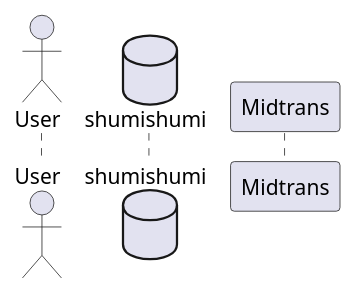
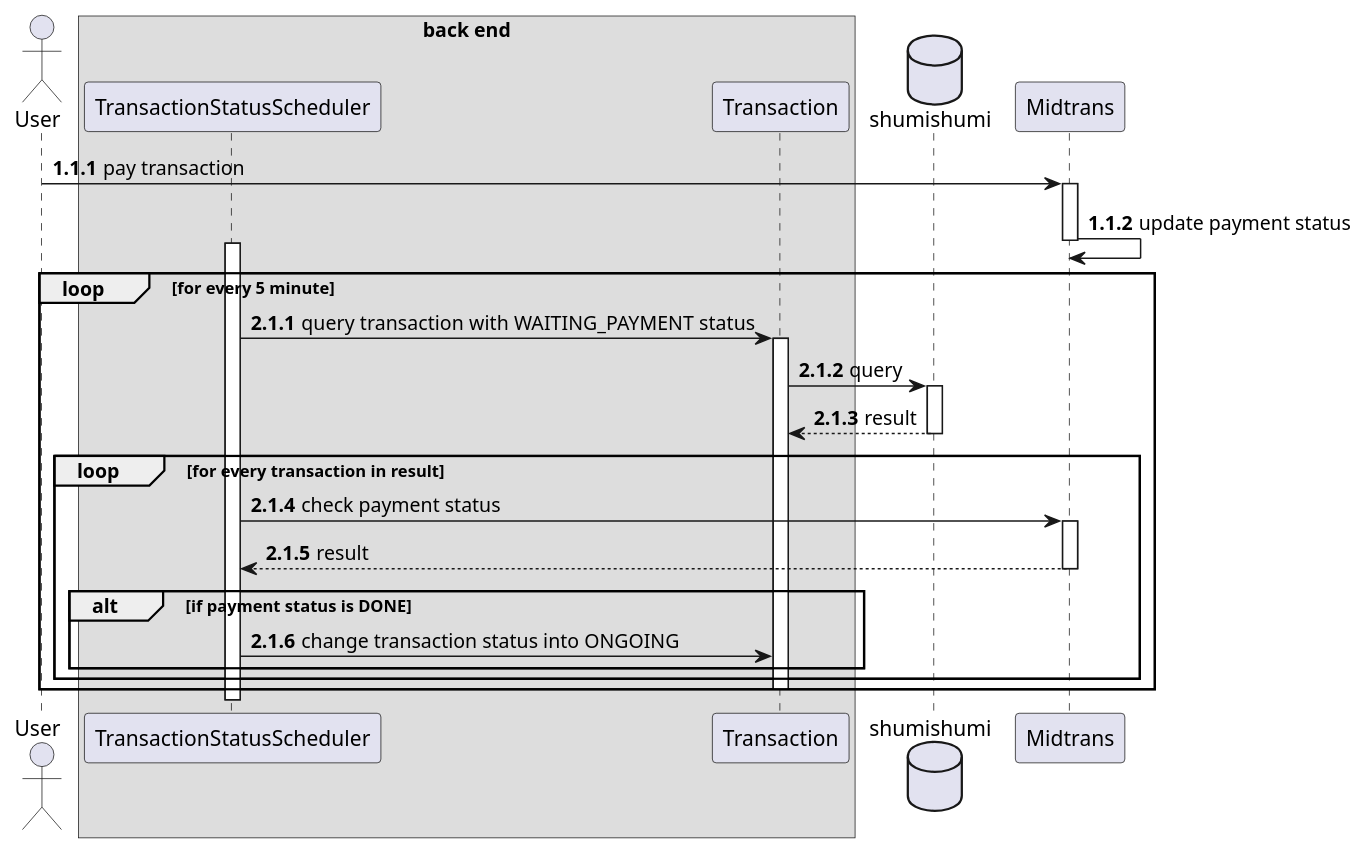
The diagram in uml diagram/sequence diagram/transaction/pay transaction.pu (aldihsuhandi/skripsi-2023), drawn with PlantUML before and after one commit. The commit also changed 7 other files, not shown here.

Commit message:
finish uml

```diff
--- a/uml diagram/sequence diagram/transaction/pay transaction.pu
+++ b/uml diagram/sequence diagram/transaction/pay transaction.pu
@@ -1,16 +1,38 @@
 @startuml template
 autonumber 1.1.1
 
 actor User as u
 
-box "front end"
-end box
-
 box "back end"
+participant "TransactionStatusScheduler" as scheduler
+participant Transaction as trx
 end box
 
 database shumishumi as db
 
 participant Midtrans as mt
 
+u -> mt++ : pay transaction
+mt -> mt : update payment status
+deactivate mt
+
+autonumber inc a
+loop for every 5 minute
+    activate scheduler
+    scheduler -> trx++ : query transaction with WAITING_PAYMENT status
+    trx -> db++ : query
+    return result
+    loop for every transaction in result
+        scheduler -> mt++ : check payment status
+        return result
+        alt if payment status is DONE
+            scheduler -> trx : change transaction status into ONGOING
+        end
+    end
+
+    deactivate trx
+end
+
+deactivate scheduler
+
 @enduml
```
